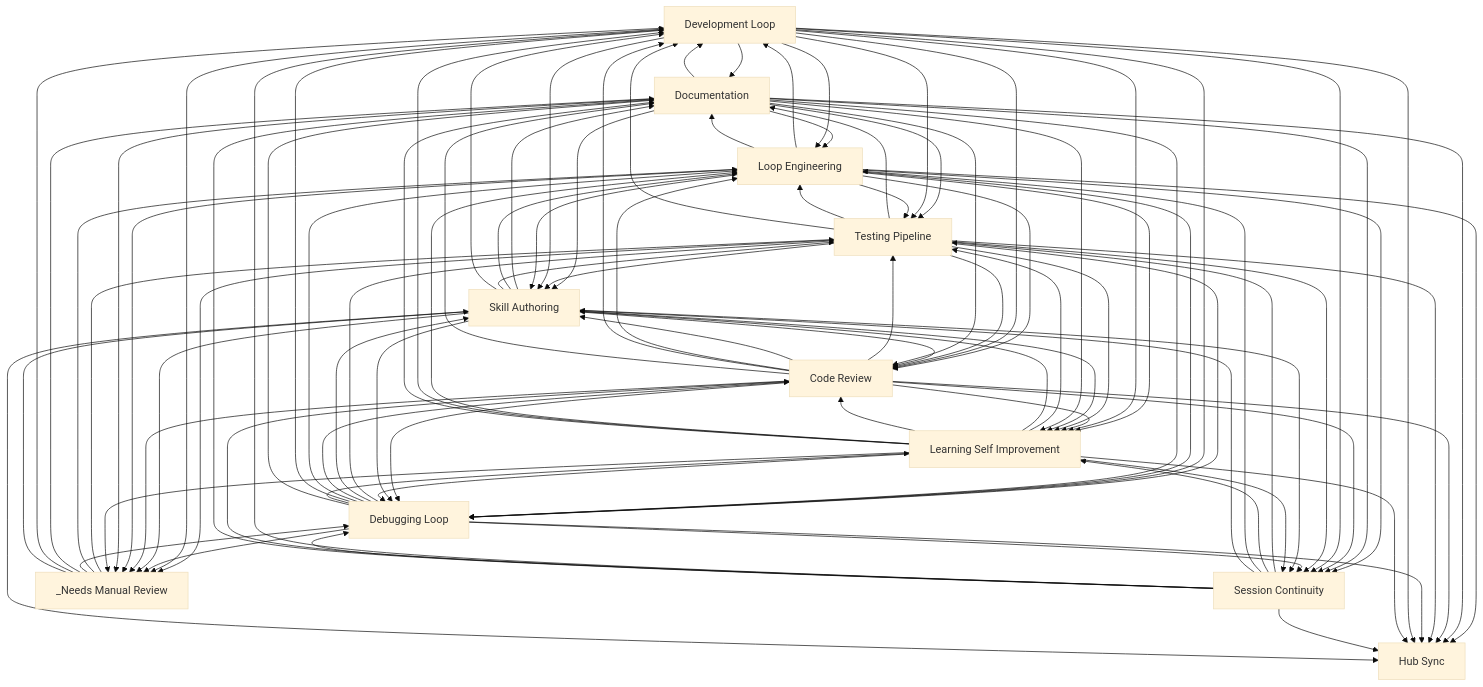
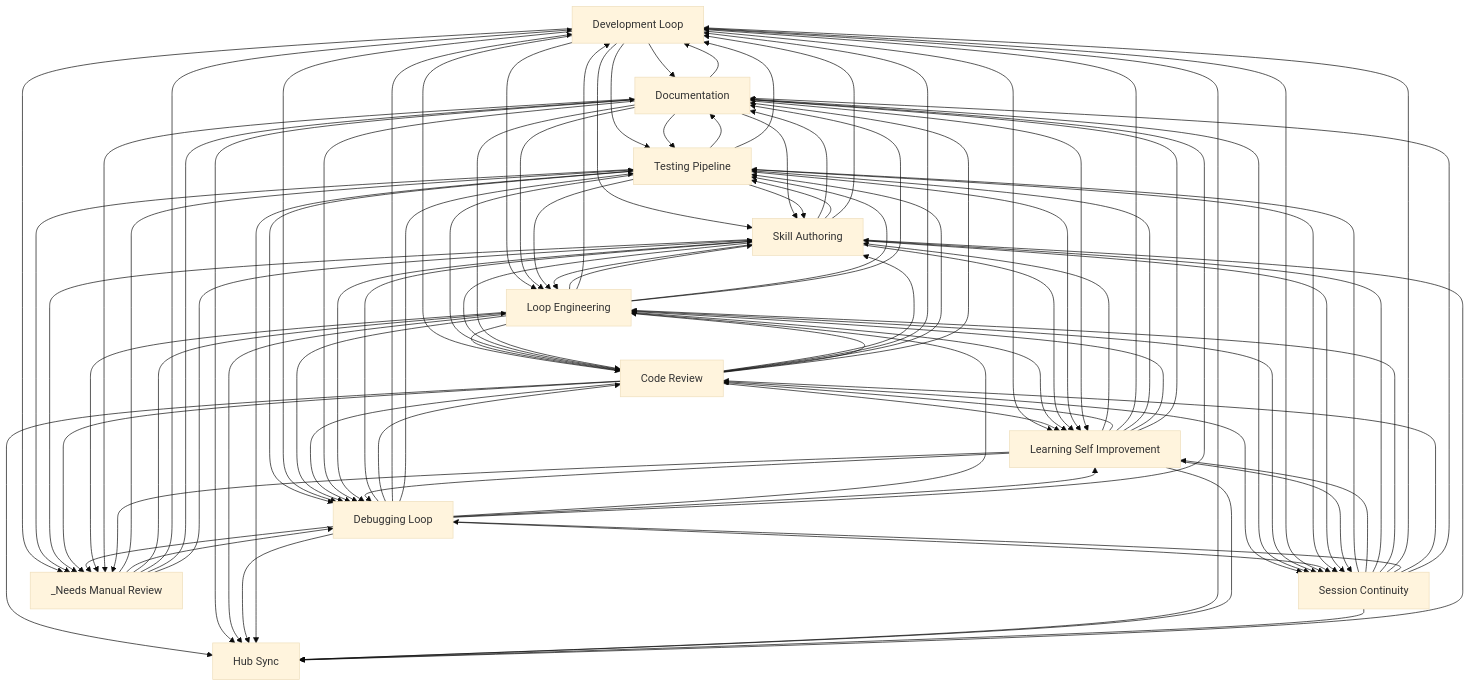
One commit to abhayla/claude-best-practices changed the diagram in docs/workflows/INDEX.md. Above: the diagram before and after it, drawn with Mermaid (base theme). The commit also changed other lines of this file and 24 other files, not shown here.

````diff
--- a/docs/workflows/INDEX.md
+++ b/docs/workflows/INDEX.md
@@ -33,99 +33,99 @@
     documentation[Documentation]
     hub_sync[Hub Sync]
     _needs_manual_review[_Needs Manual Review]
+    development_loop --> documentation
     testing_pipeline --> documentation
-    development_loop --> documentation
     skill_authoring --> documentation
-    documentation --> loop_engineering
+    development_loop --> testing_pipeline
+    development_loop --> skill_authoring
+    development_loop --> loop_engineering
     documentation --> testing_pipeline
     documentation --> skill_authoring
+    documentation --> loop_engineering
+    testing_pipeline --> skill_authoring
     testing_pipeline --> loop_engineering
-    testing_pipeline --> skill_authoring
-    development_loop --> loop_engineering
-    development_loop --> testing_pipeline
-    development_loop --> skill_authoring
+    skill_authoring --> testing_pipeline
     skill_authoring --> loop_engineering
-    skill_authoring --> testing_pipeline
-    loop_engineering --> testing_pipeline
+    development_loop --> code_review
+    code_review --> skill_authoring
+    code_review --> development_loop
+    code_review --> testing_pipeline
+    code_review --> loop_engineering
     loop_engineering --> skill_authoring
     loop_engineering --> code_review
     loop_engineering --> development_loop
-    development_loop --> code_review
-    code_review --> testing_pipeline
-    code_review --> skill_authoring
-    code_review --> loop_engineering
-    code_review --> development_loop
-    loop_engineering --> learning_self_improvement
+    loop_engineering --> testing_pipeline
     development_loop --> learning_self_improvement
     code_review --> learning_self_improvement
+    loop_engineering --> learning_self_improvement
     testing_pipeline --> development_loop
     testing_pipeline --> debugging_loop
     testing_pipeline --> code_review
-    debugging_loop --> testing_pipeline
     debugging_loop --> skill_authoring
     debugging_loop --> code_review
+    debugging_loop --> development_loop
+    debugging_loop --> testing_pipeline
     debugging_loop --> loop_engineering
-    debugging_loop --> development_loop
     development_loop --> debugging_loop
     documentation --> development_loop
     loop_engineering --> debugging_loop
     loop_engineering --> documentation
     skill_authoring --> development_loop
     skill_authoring --> code_review
+    skill_authoring --> learning_self_improvement
     testing_pipeline --> learning_self_improvement
-    skill_authoring --> learning_self_improvement
+    development_loop --> _needs_manual_review
     testing_pipeline --> _needs_manual_review
-    development_loop --> _needs_manual_review
+    code_review --> debugging_loop
+    documentation --> code_review
     documentation --> debugging_loop
-    documentation --> code_review
-    code_review --> debugging_loop
-    loop_engineering --> session_continuity
-    loop_engineering --> hub_sync
+    code_review --> hub_sync
+    code_review --> documentation
+    code_review --> session_continuity
+    documentation --> hub_sync
     documentation --> learning_self_improvement
     documentation --> session_continuity
-    documentation --> hub_sync
-    code_review --> documentation
-    code_review --> session_continuity
-    code_review --> hub_sync
+    loop_engineering --> hub_sync
+    loop_engineering --> session_continuity
+    development_loop --> session_continuity
     session_continuity --> testing_pipeline
     session_continuity --> learning_self_improvement
-    development_loop --> session_continuity
     _needs_manual_review --> testing_pipeline
-    testing_pipeline --> session_continuity
     debugging_loop --> learning_self_improvement
     debugging_loop --> session_continuity
+    testing_pipeline --> session_continuity
+    debugging_loop --> hub_sync
+    debugging_loop --> documentation
     testing_pipeline --> hub_sync
-    debugging_loop --> documentation
-    debugging_loop --> hub_sync
     development_loop --> hub_sync
     skill_authoring --> session_continuity
     skill_authoring --> debugging_loop
+    _needs_manual_review --> debugging_loop
     _needs_manual_review --> loop_engineering
-    _needs_manual_review --> debugging_loop
+    learning_self_improvement --> skill_authoring
+    learning_self_improvement --> code_review
+    learning_self_improvement --> development_loop
     learning_self_improvement --> testing_pipeline
     learning_self_improvement --> debugging_loop
-    learning_self_improvement --> skill_authoring
-    learning_self_improvement --> code_review
     learning_self_improvement --> loop_engineering
-    learning_self_improvement --> development_loop
-    debugging_loop --> _needs_manual_review
     skill_authoring --> _needs_manual_review
     code_review --> _needs_manual_review
+    debugging_loop --> _needs_manual_review
     loop_engineering --> _needs_manual_review
+    _needs_manual_review --> development_loop
     _needs_manual_review --> documentation
-    _needs_manual_review --> development_loop
     _needs_manual_review --> skill_authoring
     learning_self_improvement --> session_continuity
     documentation --> _needs_manual_review
+    session_continuity --> skill_authoring
     session_continuity --> loop_engineering
-    session_continuity --> skill_authoring
+    learning_self_improvement --> hub_sync
     learning_self_improvement --> documentation
-    learning_self_improvement --> hub_sync
     session_continuity --> development_loop
     session_continuity --> debugging_loop
+    session_continuity --> hub_sync
     session_continuity --> code_review
     session_continuity --> documentation
-    session_continuity --> hub_sync
     skill_authoring --> hub_sync
     learning_self_improvement --> _needs_manual_review
 ```
````
